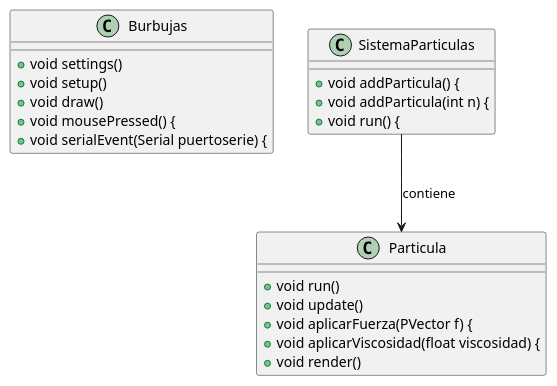
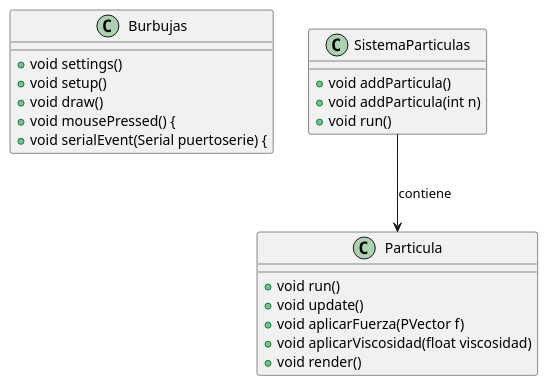
One commit to uma-dte-docencia/burbujas changed the diagram in doc/classes_diagram.puml. Above: the diagram before and after it, drawn with PlantUML. The commit also changed 2 other files, not shown here.

```diff
--- a/doc/classes_diagram.puml
+++ b/doc/classes_diagram.puml
@@ -1,29 +1,29 @@
-@startuml classes_processing
+@startuml clases_processing
 
 ' Declaración de las clases en Processing
 class Burbujas {
     +void settings()
     +void setup()
     +void draw()
     +void mousePressed() {
     +void serialEvent(Serial puertoserie) {
 }
 
 class Particula {
     +void run()
     +void update()
-    +void aplicarFuerza(PVector f) {
-    +void aplicarViscosidad(float viscosidad) {
+    +void aplicarFuerza(PVector f)
+    +void aplicarViscosidad(float viscosidad)
     +void render()
 }
 
 class SistemaParticulas {
-    +void addParticula() {
-    +void addParticula(int n) {
-    +void run() {
+    +void addParticula()
+    +void addParticula(int n)
+    +void run()
 }
 
 ' Relaciones entre las clases
 SistemaParticulas --> Particula : contiene
 
 @enduml
```
